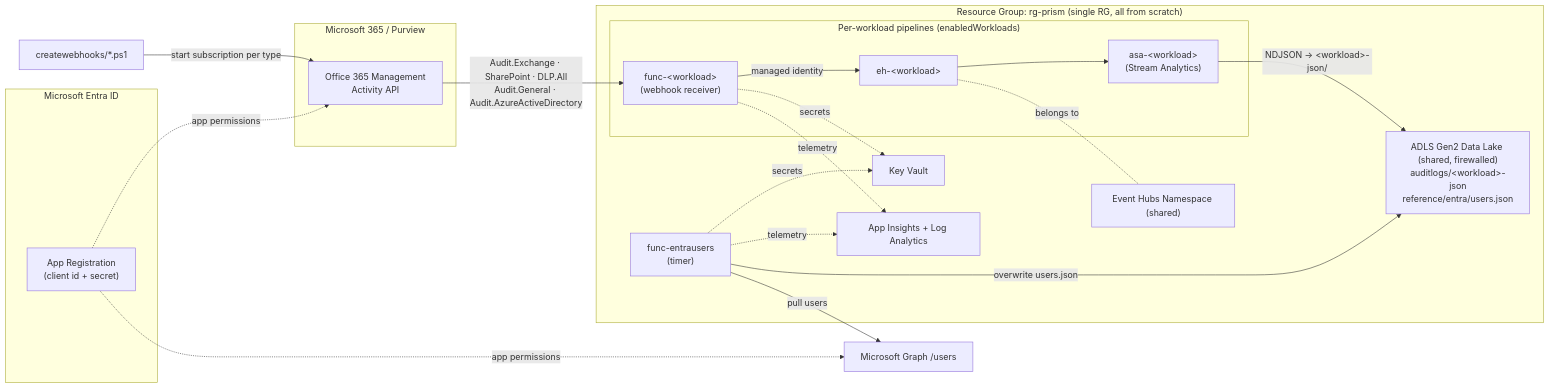
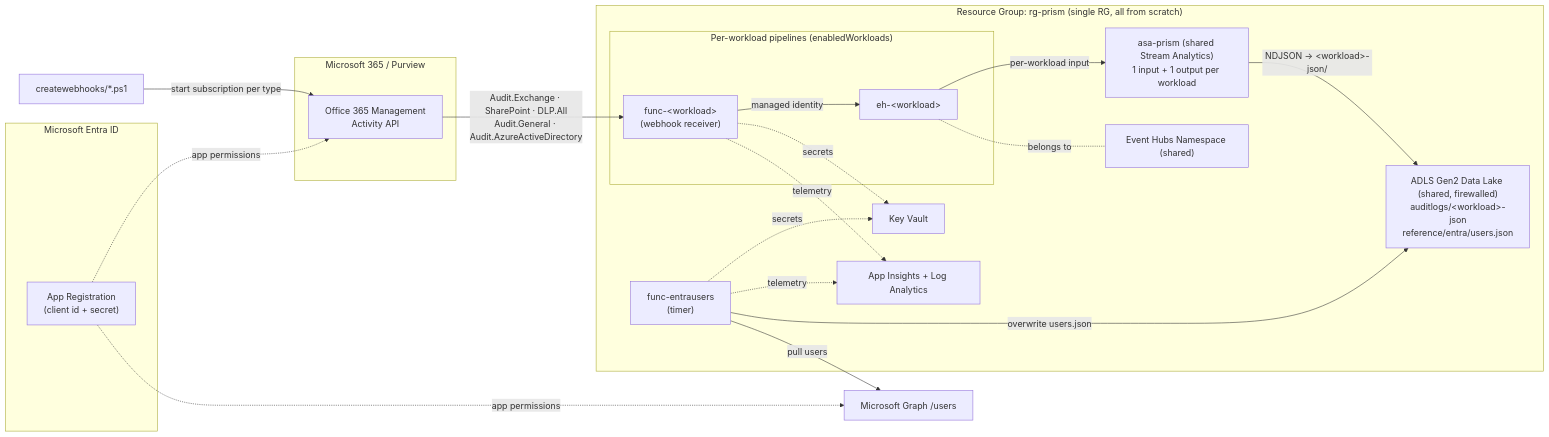
The first of 2 diagrams in docs/solution-proposal.md (MartijnvanGeffen13/PRISM), drawn with Mermaid before and after one commit. The commit also changed other lines of this file and 5 other files, not shown here.

````diff
--- a/docs/solution-proposal.md
+++ b/docs/solution-proposal.md
@@ -70,37 +76,37 @@
 ```mermaid
 flowchart LR
     subgraph M365["Microsoft 365 / Purview"]
         MAPI["Office 365 Management<br/>Activity API"]
     end
 
     subgraph Entra["Microsoft Entra ID"]
         APP["App Registration<br/>(client id + secret)"]
     end
 
     subgraph RG["Resource Group: rg-prism (single RG, all from scratch)"]
         subgraph PIPES["Per-workload pipelines (enabledWorkloads)"]
             FUNC["func-&lt;workload&gt;<br/>(webhook receiver)"]
             EH["eh-&lt;workload&gt;"]
-            ASA["asa-&lt;workload&gt;<br/>(Stream Analytics)"]
         end
+        ASA["asa-prism (shared Stream Analytics)<br/>1 input + 1 output per workload"]
         FUNC4["func-entrausers<br/>(timer)"]
         EHNS["Event Hubs Namespace (shared)"]
         DL["ADLS Gen2 Data Lake (shared, firewalled)<br/>auditlogs/&lt;workload&gt;-json<br/>reference/entra/users.json"]
         KV["Key Vault"]
         AI["App Insights + Log Analytics"]
     end
 
     PS["createwebhooks/*.ps1"] -->|start subscription per type| MAPI
     GRAPH["Microsoft Graph /users"]
     APP -. app permissions .-> MAPI
     APP -. app permissions .-> GRAPH
     MAPI -->|Audit.Exchange · SharePoint · DLP.All<br/>Audit.General · Audit.AzureActiveDirectory| FUNC
     FUNC4 -->|pull users| GRAPH
     FUNC -->|managed identity| EH
     EH -. belongs to .- EHNS
-    EH --> ASA
+    EH -->|per-workload input| ASA
     ASA -->|NDJSON → &lt;workload&gt;-json/| DL
     FUNC4 -->|overwrite users.json| DL
     FUNC & FUNC4 -. secrets .-> KV
     FUNC & FUNC4 -. telemetry .-> AI
 ```
````
